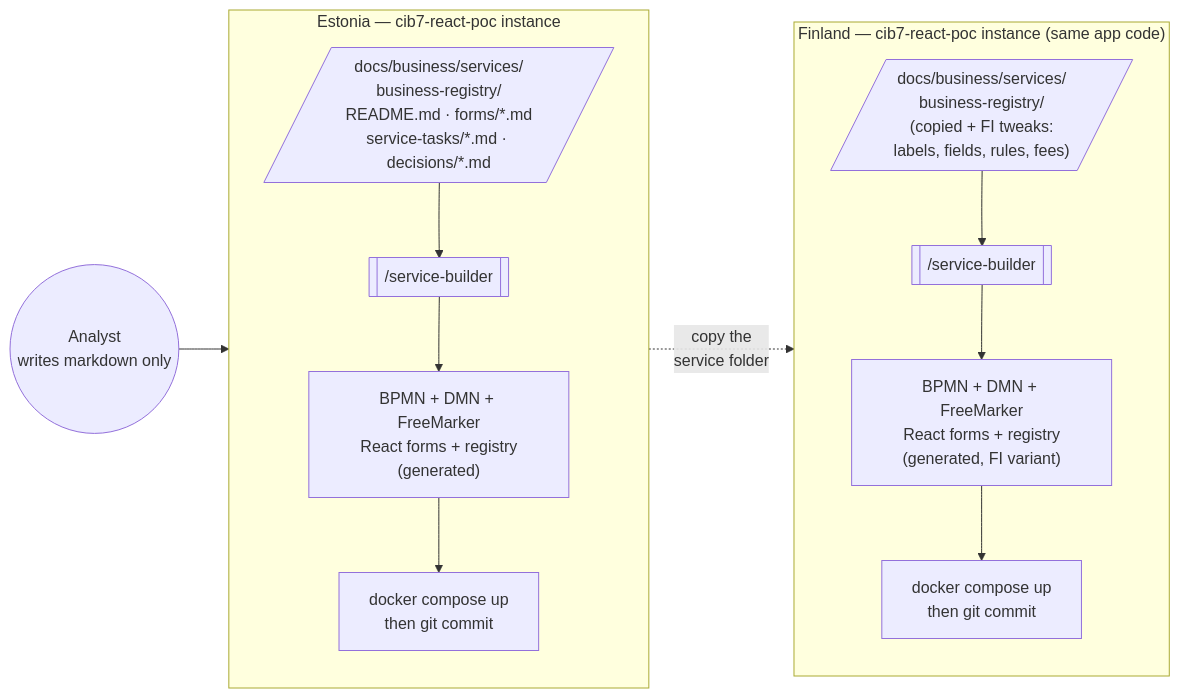
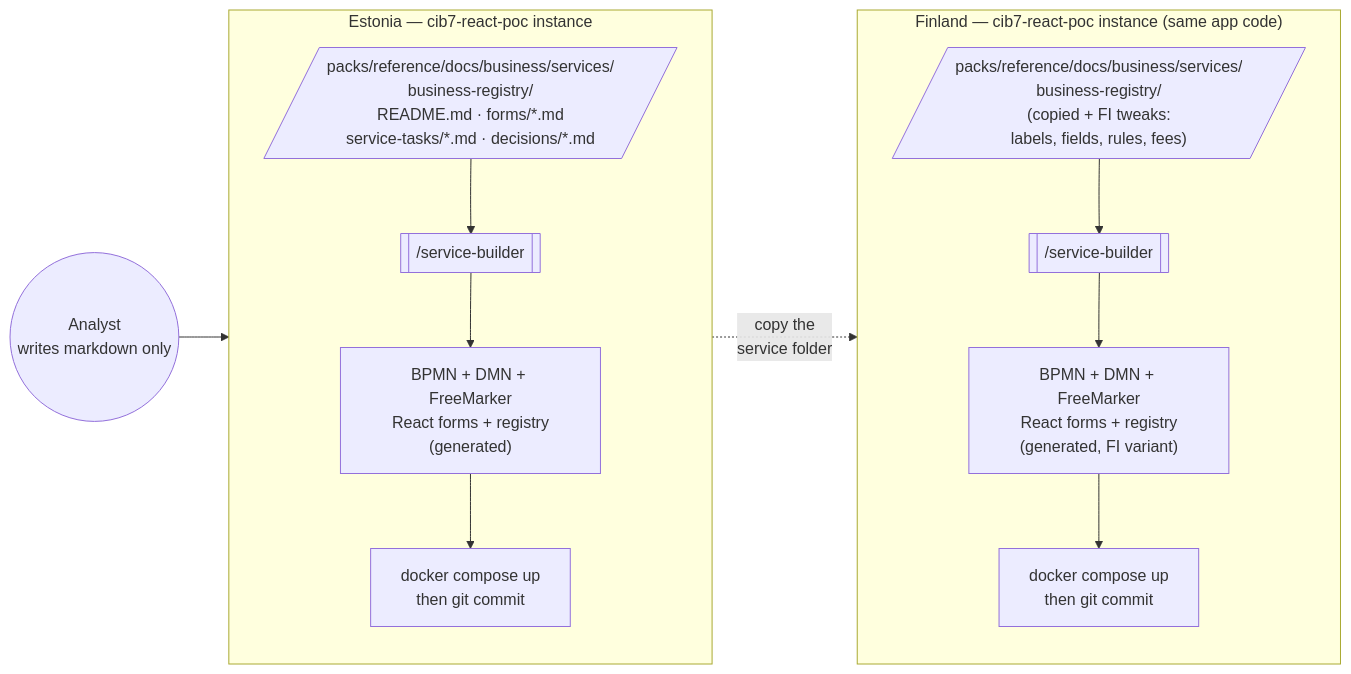
Before and after one commit to krixerx/cib7-react-poc: the diagram in README.md, drawn with Mermaid. The commit also changed other lines of this file and 58 other files, not shown here.

````diff
--- a/README.md
+++ b/README.md
@@ -153,25 +153,25 @@
 ```mermaid
 flowchart LR
   Analyst(("Analyst<br/>writes markdown only"))
 
   subgraph EE["Estonia — cib7-react-poc instance"]
     direction TB
-    EE_Spec[/"docs/business/services/<br/>business-registry/<br/>README.md · forms/*.md<br/>service-tasks/*.md · decisions/*.md"/]
+    EE_Spec[/"packs/reference/docs/business/services/<br/>business-registry/<br/>README.md · forms/*.md<br/>service-tasks/*.md · decisions/*.md"/]
     EE_Builder[["/service-builder"]]
     EE_Code["BPMN + DMN + FreeMarker<br/>React forms + registry<br/>(generated)"]
     EE_Run["docker compose up<br/>then git commit"]
     EE_Spec --> EE_Builder --> EE_Code --> EE_Run
   end
 
   subgraph FI["Finland — cib7-react-poc instance (same app code)"]
     direction TB
-    FI_Spec[/"docs/business/services/<br/>business-registry/<br/>(copied + FI tweaks:<br/>labels, fields, rules, fees)"/]
+    FI_Spec[/"packs/reference/docs/business/services/<br/>business-registry/<br/>(copied + FI tweaks:<br/>labels, fields, rules, fees)"/]
     FI_Builder[["/service-builder"]]
     FI_Code["BPMN + DMN + FreeMarker<br/>React forms + registry<br/>(generated, FI variant)"]
     FI_Run["docker compose up<br/>then git commit"]
     FI_Spec --> FI_Builder --> FI_Code --> FI_Run
   end
 
   Analyst --> EE_Spec
   EE_Spec -. "copy the<br/>service folder" .-> FI_Spec
 ```
````
